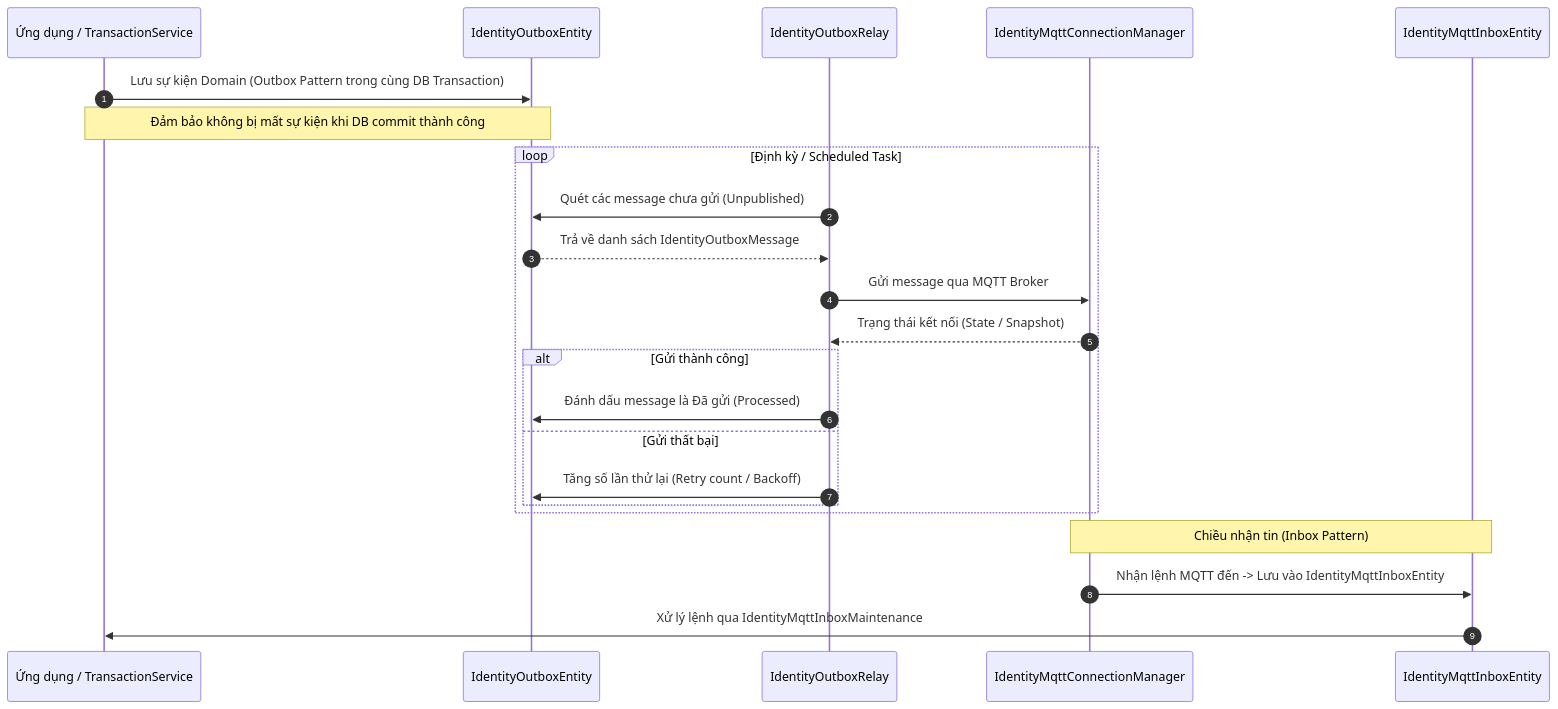
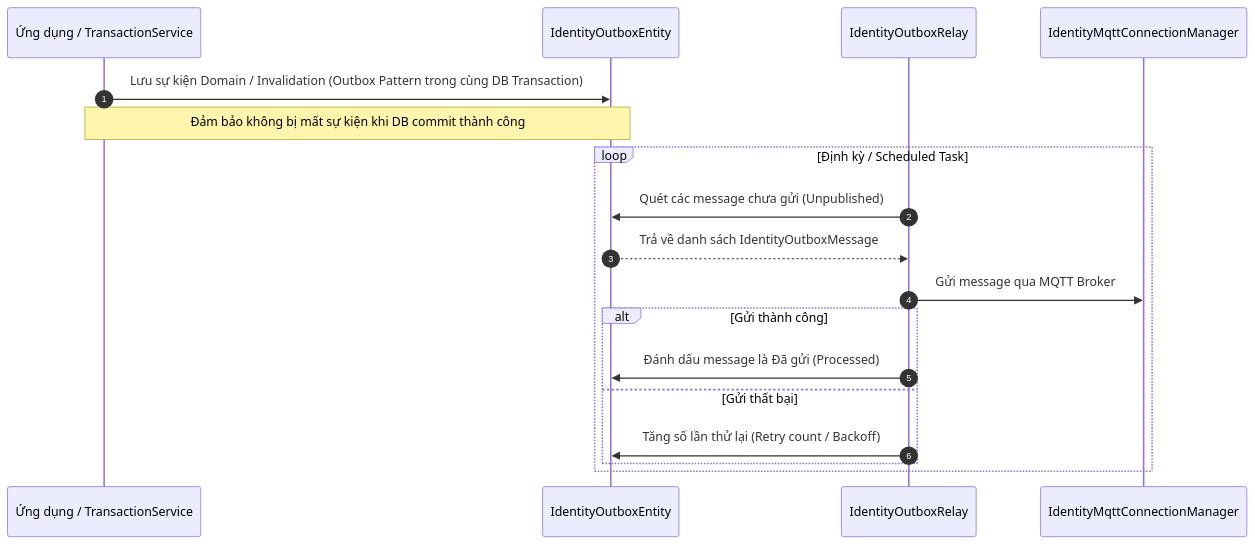
The third of 4 diagrams in services/smartfarm-identity-service/review_flow.md (hatrongvu13/smartfarm-platform-maven-starter), drawn with Mermaid before and after one commit. The commit also changed other lines of this file and 55 other files, not shown here.

````diff
--- a/services/smartfarm-identity-service/review_flow.md
+++ b/services/smartfarm-identity-service/review_flow.md
@@ -78,30 +82,24 @@
 ```mermaid
 sequenceDiagram
 autonumber
 participant App as Ứng dụng / TransactionService
 participant OutboxEntity as IdentityOutboxEntity
 participant OutboxRelay as IdentityOutboxRelay
 participant MqttManager as IdentityMqttConnectionManager
-participant InboxEntity as IdentityMqttInboxEntity
 
-    App->>OutboxEntity: Lưu sự kiện Domain (Outbox Pattern trong cùng DB Transaction)
+    App->>OutboxEntity: Lưu sự kiện Domain / Invalidation (Outbox Pattern trong cùng DB Transaction)
     Note over App,OutboxEntity: Đảm bảo không bị mất sự kiện khi DB commit thành công
 
     loop Định kỳ / Scheduled Task
         OutboxRelay->>OutboxEntity: Quét các message chưa gửi (Unpublished)
         OutboxEntity-->>OutboxRelay: Trả về danh sách IdentityOutboxMessage
         
         OutboxRelay->>MqttManager: Gửi message qua MQTT Broker
-        MqttManager-->>OutboxRelay: Trạng thái kết nối (State / Snapshot)
         
         alt Gửi thành công
             OutboxRelay->>OutboxEntity: Đánh dấu message là Đã gửi (Processed)
         else Gửi thất bại
             OutboxRelay->>OutboxEntity: Tăng số lần thử lại (Retry count / Backoff)
         end
     end
-
-    Note over MqttManager,InboxEntity: Chiều nhận tin (Inbox Pattern)
-    MqttManager->>InboxEntity: Nhận lệnh MQTT đến -> Lưu vào IdentityMqttInboxEntity
-    InboxEntity->>App: Xử lý lệnh qua IdentityMqttInboxMaintenance
 ```
````
